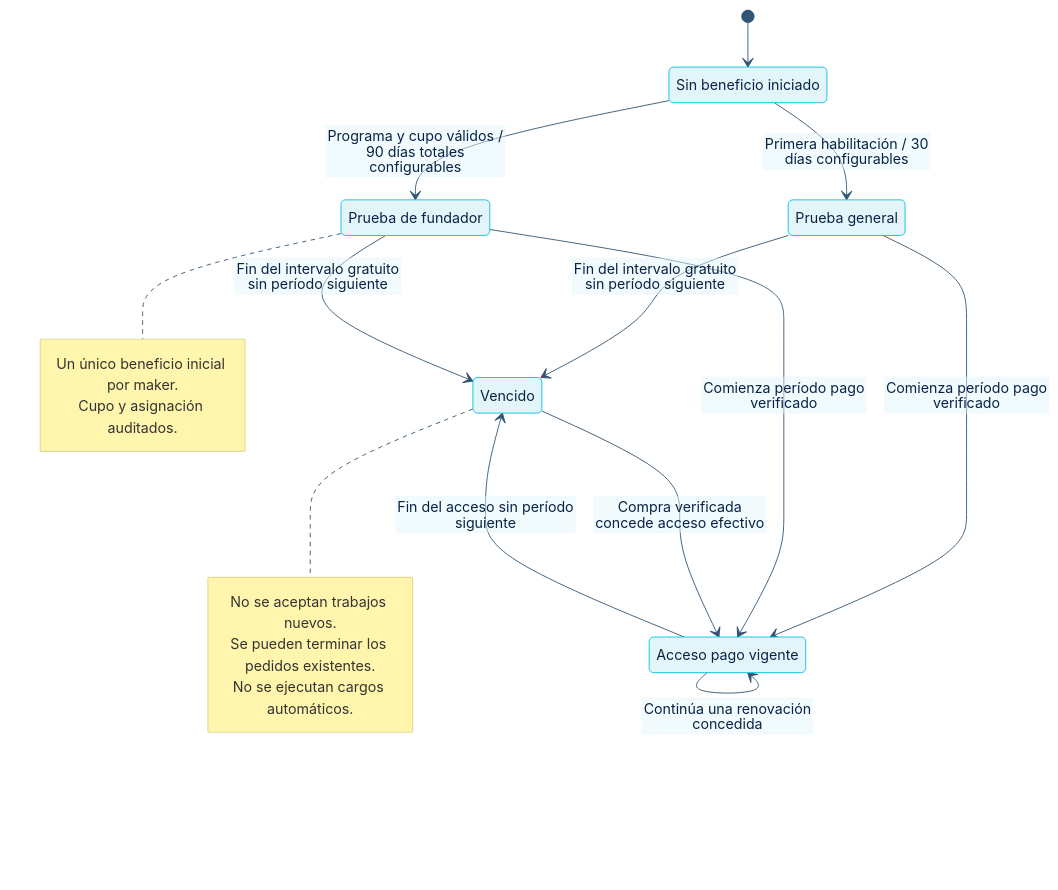
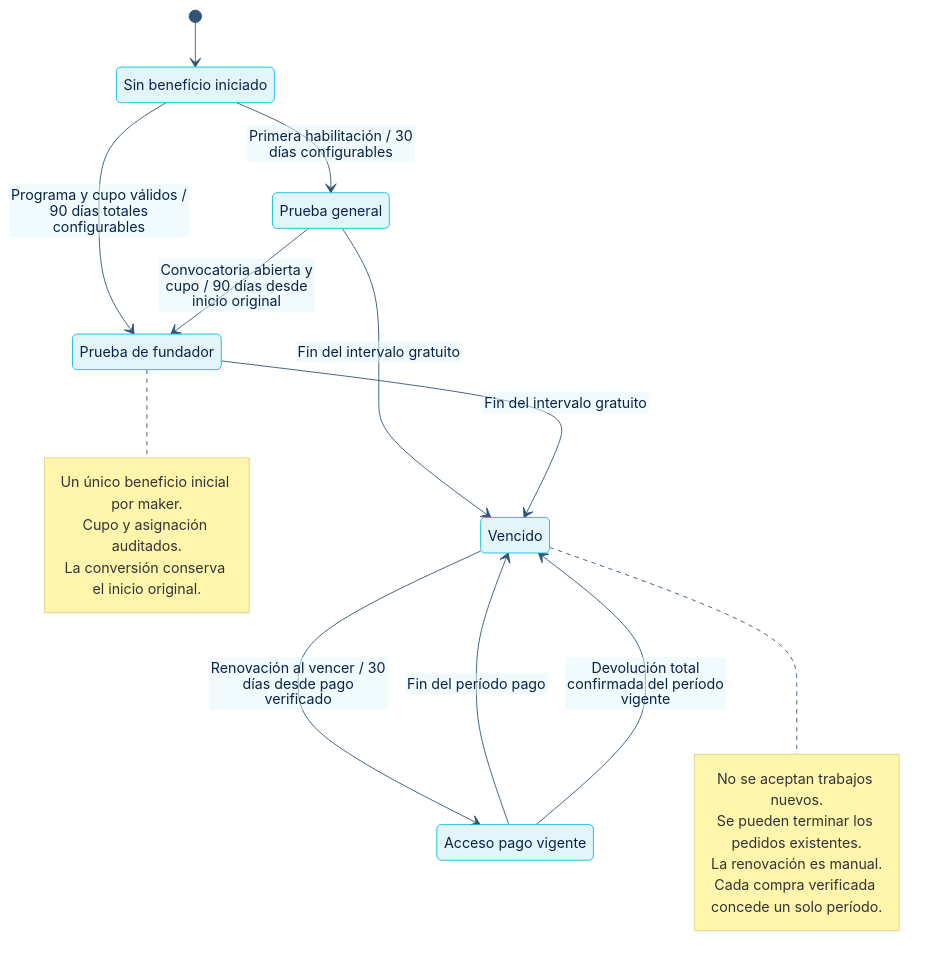
One commit to chill0101/3daltoque-docs changed the diagram in public/documentos/8f909307fb54-estados-membresia.mmd. Above: the diagram before and after it, drawn with Mermaid. The commit also changed 57 other files, not shown here.

```diff
--- a/public/documentos/8f909307fb54-estados-membresia.mmd
+++ b/public/documentos/8f909307fb54-estados-membresia.mmd
@@ -1,27 +1,28 @@
 %%{init: {"theme":"base","themeVariables":{"primaryColor":"#E4F5FA","primaryTextColor":"#082345","primaryBorderColor":"#00BFE5","lineColor":"#315574","secondaryColor":"#F5F8FC","tertiaryColor":"#FFFFFF","fontFamily":"Manrope, sans-serif"},"flowchart":{"htmlLabels":false},"class":{"htmlLabels":false}}}%%
 stateDiagram-v2
   direction TB
   state "Sin beneficio iniciado" as sin_inicio
   state "Prueba general" as prueba_general
   state "Prueba de fundador" as prueba_fundador
   state "Acceso pago vigente" as pago_vigente
   state "Vencido" as vencido
   [*] --> sin_inicio
   sin_inicio --> prueba_general: Primera habilitación / 30 días configurables
   sin_inicio --> prueba_fundador: Programa y cupo válidos / 90 días totales configurables
-  prueba_general --> vencido: Fin del intervalo gratuito sin período siguiente
-  prueba_fundador --> vencido: Fin del intervalo gratuito sin período siguiente
-  prueba_general --> pago_vigente: Comienza período pago verificado
-  prueba_fundador --> pago_vigente: Comienza período pago verificado
-  pago_vigente --> pago_vigente: Continúa una renovación concedida
-  pago_vigente --> vencido: Fin del acceso sin período siguiente
-  vencido --> pago_vigente: Compra verificada concede acceso efectivo
+  prueba_general --> vencido: Fin del intervalo gratuito
+  prueba_fundador --> vencido: Fin del intervalo gratuito
+  prueba_general --> prueba_fundador: Convocatoria abierta y cupo / 90 días desde inicio original
+  pago_vigente --> vencido: Fin del período pago
+  pago_vigente --> vencido: Devolución total confirmada del período vigente
+  vencido --> pago_vigente: Renovación al vencer / 30 días desde pago verificado
   note right of prueba_fundador
     Un único beneficio inicial por maker.
     Cupo y asignación auditados.
+    La conversión conserva el inicio original.
   end note
   note right of vencido
     No se aceptan trabajos nuevos.
     Se pueden terminar los pedidos existentes.
-    No se ejecutan cargos automáticos.
+    La renovación es manual.
+    Cada compra verificada concede un solo período.
   end note
```
